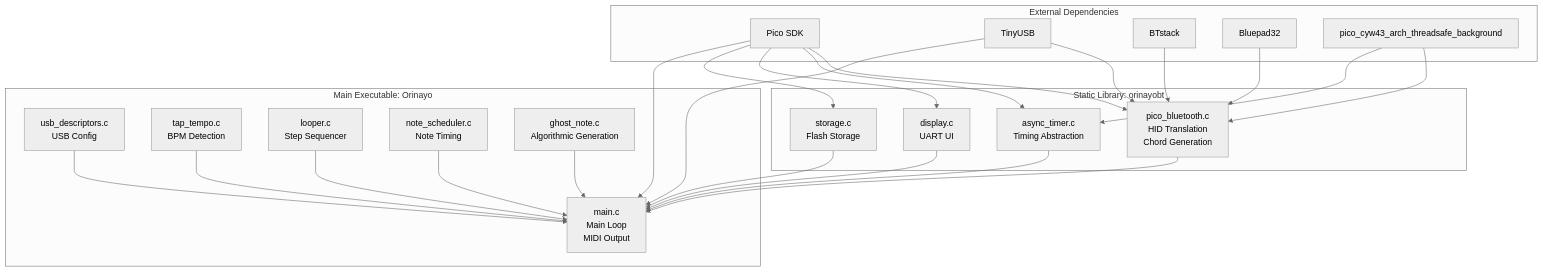
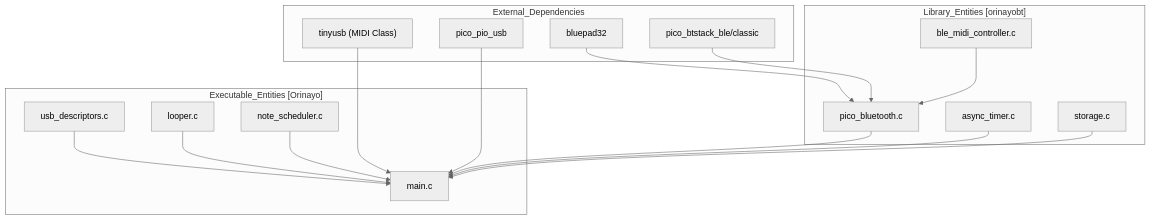
One commit to Jus-Be/orinayo-pico changed the second of 2 diagrams in wiki/2.2-building-and-flashing.md. Above: the diagram before and after it, drawn with Mermaid (neutral theme). The commit also changed other lines of this file and 42 other files, not shown here.

````diff
--- a/wiki/2.2-building-and-flashing.md
+++ b/wiki/2.2-building-and-flashing.md
@@ -254,64 +228,49 @@
 ```mermaid
 flowchart TD
 
-BT["pico_bluetooth.c<br>HID Translation<br>Chord Generation"]
-TIMER["async_timer.c<br>Timing Abstraction"]
-DISP["display.c<br>UART UI"]
-STORE["storage.c<br>Flash Storage"]
-MAIN["main.c<br>Main Loop<br>MIDI Output"]
-USB["usb_descriptors.c<br>USB Config"]
-TAP["tap_tempo.c<br>BPM Detection"]
-LOOP["looper.c<br>Step Sequencer"]
-SCHED["note_scheduler.c<br>Note Timing"]
-GHOST["ghost_note.c<br>Algorithmic Generation"]
-SDK["Pico SDK"]
-TUSB["TinyUSB"]
-BTSTACK["BTstack"]
-BP32["Bluepad32"]
-CYW43["pico_cyw43_arch_threadsafe_background"]
+BT_CORE["pico_bluetooth.c"]
+BLE_MIDI["ble_midi_controller.c"]
+TIMER["async_timer.c"]
+STORAGE["storage.c"]
+MAIN["main.c"]
+USB_DESC["usb_descriptors.c"]
+SEQ["looper.c"]
+SCHED["note_scheduler.c"]
+TUSB["tinyusb (MIDI Class)"]
+PIO_USB["pico_pio_usb"]
+BP32["bluepad32"]
+BTSTACK["pico_btstack_ble/classic"]
 
-SDK --> BT
-SDK --> TIMER
-SDK --> DISP
-SDK --> STORE
-TUSB --> BT
-BTSTACK --> BT
-BP32 --> BT
-CYW43 --> BT
-CYW43 --> TIMER
-BT --> MAIN
+BP32 --> BT_CORE
+BTSTACK --> BT_CORE
+BT_CORE --> MAIN
 TIMER --> MAIN
-DISP --> MAIN
-STORE --> MAIN
-SDK --> MAIN
+STORAGE --> MAIN
 TUSB --> MAIN
+PIO_USB --> MAIN
 
-subgraph subGraph2 ["External Dependencies"]
-    SDK
+subgraph External_Dependencies ["External_Dependencies"]
     TUSB
+    PIO_USB
+    BP32
     BTSTACK
-    BP32
-    CYW43
 end
 
-subgraph subGraph1 ["Main Executable: Orinayo"]
+subgraph subGraph1 ["Executable_Entities [Orinayo]"]
     MAIN
-    USB
-    TAP
-    LOOP
+    USB_DESC
+    SEQ
     SCHED
-    GHOST
-    USB --> MAIN
-    TAP --> MAIN
-    LOOP --> MAIN
+    USB_DESC --> MAIN
+    SEQ --> MAIN
     SCHED --> MAIN
-    GHOST --> MAIN
 end
 
-subgraph subGraph0 ["Static Library: orinayobt"]
-    BT
+subgraph subGraph0 ["Library_Entities [orinayobt]"]
+    BT_CORE
+    BLE_MIDI
     TIMER
-    DISP
-    STORE
+    STORAGE
+    BLE_MIDI --> BT_CORE
 end
 ```
````
